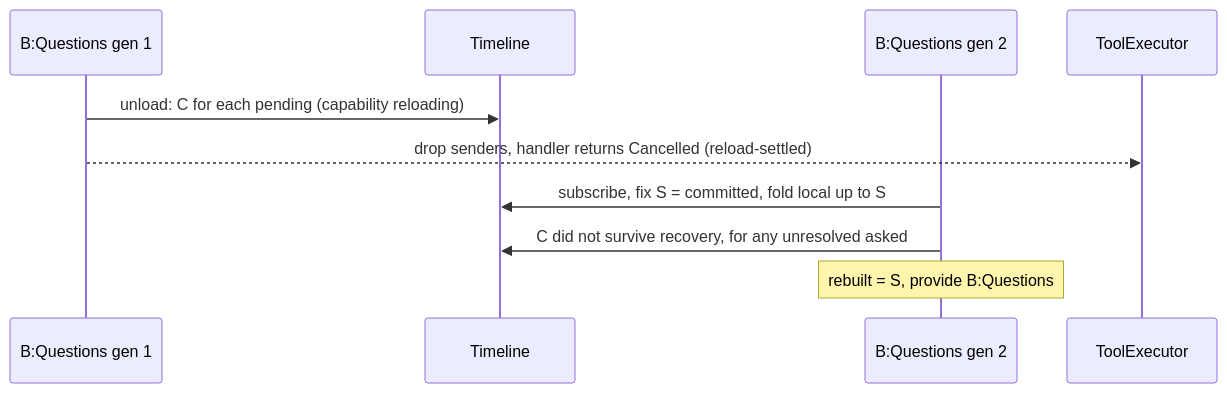
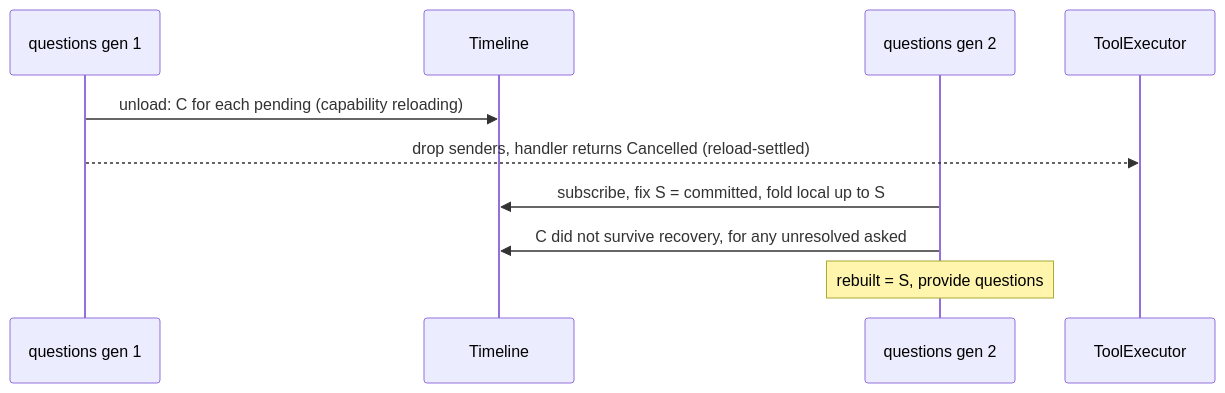
One commit to CoutinhoTTS/dim-agent changed the sixth of 6 diagrams in docs/design/plugins/Questions.md. Above: the diagram before and after it, drawn with Mermaid. The commit also changed other lines of this file and 3 other files, not shown here.

````diff
--- a/docs/design/plugins/Questions.md
+++ b/docs/design/plugins/Questions.md
@@ -157,12 +157,12 @@
 ```mermaid
 sequenceDiagram
-  participant G1 as B:Questions gen 1
+  participant G1 as questions gen 1
   participant TL as Timeline
-  participant G2 as B:Questions gen 2
+  participant G2 as questions gen 2
   participant TE as ToolExecutor
   G1->>TL: unload: C for each pending (capability reloading)
   G1-->>TE: drop senders, handler returns Cancelled (reload-settled)
   G2->>TL: subscribe, fix S = committed, fold local up to S
   G2->>TL: C did not survive recovery, for any unresolved asked
-  Note over G2: rebuilt = S, provide B:Questions
+  Note over G2: rebuilt = S, provide questions
 ```
````
